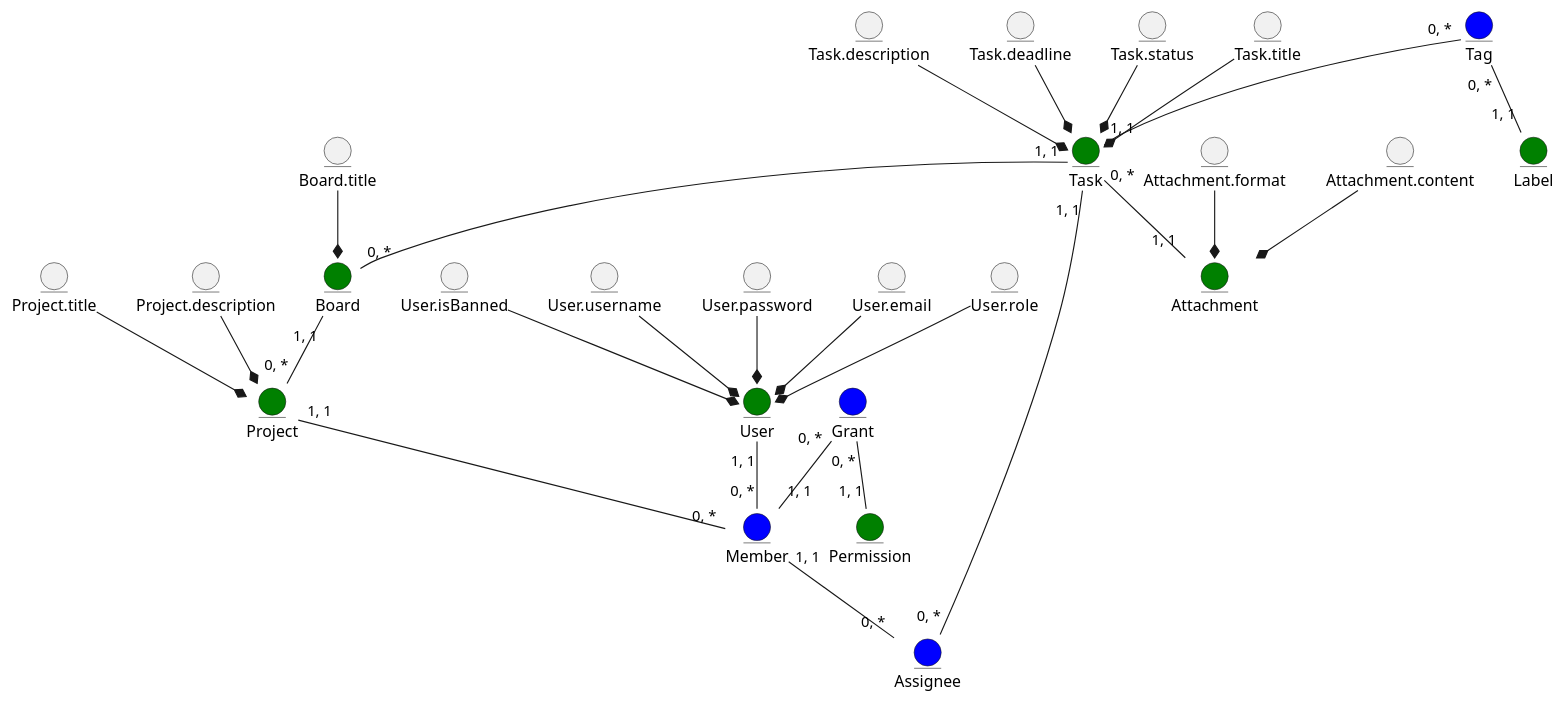
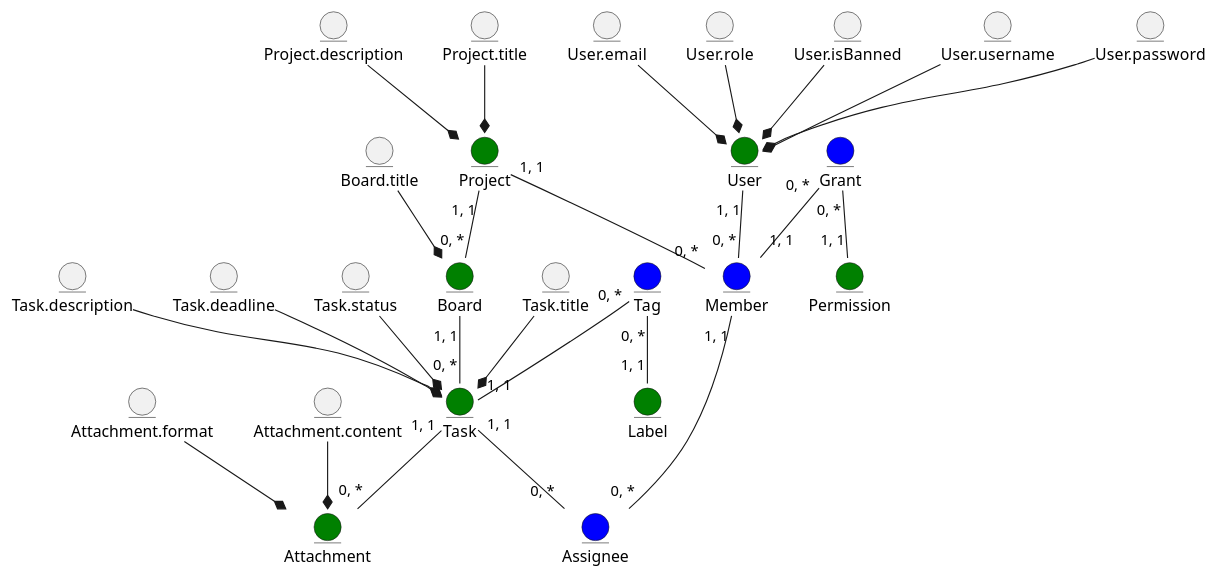
Before and after one commit to thonly-zukich/coursework-databases: the diagram in docs/design/README.md, drawn with PlantUML.

Commit message:
Update business objects model

```diff
--- a/docs/design/README.md
+++ b/docs/design/README.md
@@ -6,68 +6,68 @@
 @startuml
 
 entity User #green
 entity Project #green
 entity Task #green
 entity Board #green
 entity Member #blue
 entity Grant #blue
 entity Permission #green
 entity Attachment #green
 entity Assignee #blue
 entity Tag #blue
 entity Label #green
 
 entity User.username
 entity User.password
 entity User.email
 entity User.role
 entity User.isBanned
 
 entity Task.title
 entity Task.description
 entity Task.deadline
 entity Task.status
 
 entity Board.title
 
 entity Project.title
 entity Project.description
 
 entity Attachment.content
 entity Attachment.format
 
 
 User.username --* User
 User.password --* User
 User.email --* User
 User.role --* User
 User.isBanned --* User
 User "1, 1" -- "0, *" Member
 
 Task.title --* Task
 Task.description --* Task
 Task.deadline --* Task
 Task.status --* Task
-Task "0, *" -- "1, 1" Attachment
-Task "1, 1" -- "0, *" Board
+Task "1, 1" -- "0, *" Attachment
 Task "1, 1" -- "0, *" Assignee
 
 Attachment.format --* Attachment
 Attachment.content --* Attachment
 
 Board.title --* Board
-Board "1, 1" -- "0, *" Project
+Board "1, 1" -- "0, *" Task
 
 Project.title --* Project
 Project.description --* Project
 Project "1, 1" -- "0, *" Member
+Project "1, 1" -- "0, *" Board
 
 Member "1, 1" -- "0, *" Assignee
 
 Grant "0, *" -- "1, 1" Member
 Grant "0, *" -- "1, 1" Permission
 
 Tag "0, *" -- "1, 1" Label
 Tag "0, *" -- "1, 1" Task
 
 @enduml
```
